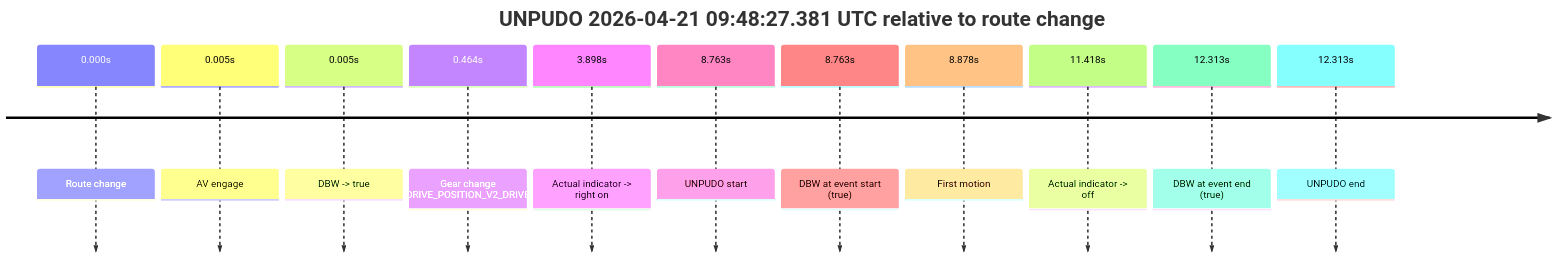
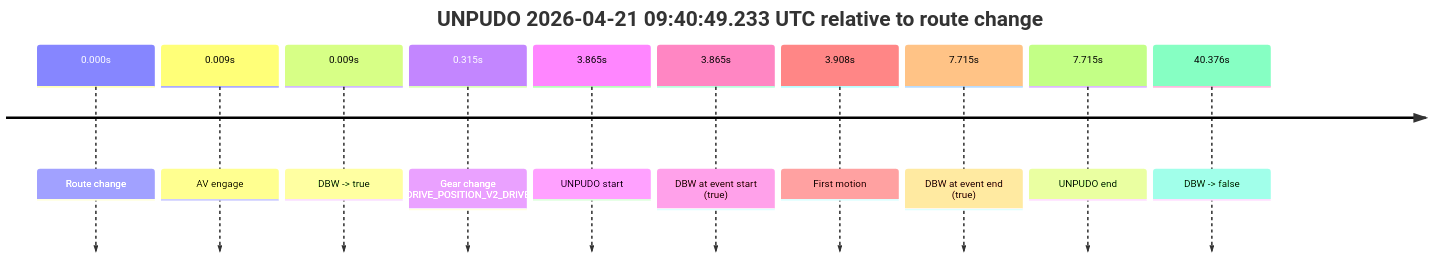
One commit to yoelshapiro/vault changed the fifth of 6 diagrams in model_analysis/report_cards/2026/04/Week-4/fme20032--2026-04-21--09-09-28--gen2-av-900aea02-08d0-4bad-8c73-5b302b4d1a52.md. Above: the diagram before and after it, drawn with Mermaid. The commit also changed other lines of this file and 1 other file, not shown here.

````diff
--- a/model_analysis/report_cards/2026/04/Week-4/fme20032--2026-04-21--09-09-28--gen2-av-900aea02-08d0-4bad-8c73-5b302b4d1a52.md
+++ b/model_analysis/report_cards/2026/04/Week-4/fme20032--2026-04-21--09-09-28--gen2-av-900aea02-08d0-4bad-8c73-5b302b4d1a52.md
@@ -224,15 +407,14 @@
 ```mermaid
 timeline
-    title UNPUDO 2026-04-21 09:48:27.381 UTC relative to route change
+    title UNPUDO 2026-04-21 09:40:49.233 UTC relative to route change
     0.000s : Route change
-    0.005s : AV engage
-    0.005s : DBW -> true
-    0.464s : Gear change (DRIVE_POSITION_V2_DRIVE)
-    3.898s : Actual indicator -> right on
-    8.763s : UNPUDO start
-    8.763s : DBW at event start (true)
-    8.878s : First motion
-    11.418s : Actual indicator -> off
-    12.313s : DBW at event end (true)
-    12.313s : UNPUDO end
+    0.009s : AV engage
+    0.009s : DBW -> true
+    0.315s : Gear change (DRIVE_POSITION_V2_DRIVE)
+    3.865s : UNPUDO start
+    3.865s : DBW at event start (true)
+    3.908s : First motion
+    7.715s : DBW at event end (true)
+    7.715s : UNPUDO end
+    40.376s : DBW -> false
 ```
````
